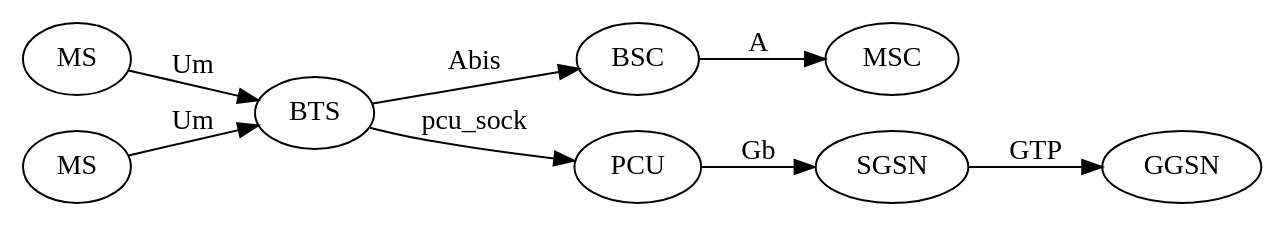
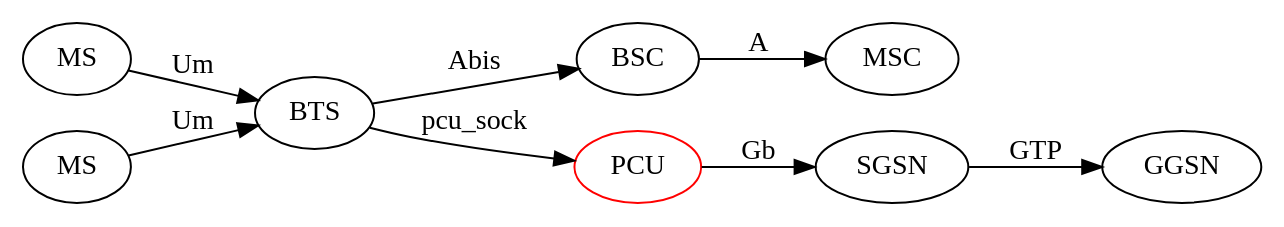
Before and after one commit to osmocom/osmo-pcu: the diagram in doc/manuals/chapters/overview.adoc, drawn with Graphviz.

Commit message:
doc: Mark PCU node red in network node diagram

```diff
--- a/doc/manuals/chapters/overview.adoc
+++ b/doc/manuals/chapters/overview.adoc
@@ -16,15 +16,16 @@
 [graphviz]
 ----
 digraph G {
 	rankdir=LR;
 	MS0 [label="MS"]
 	MS1 [label="MS"]
 	MS0->BTS [label="Um"]
 	MS1->BTS [label="Um"]
 	BTS->BSC [label="Abis"]
 	BSC->MSC [label="A"]
 	BTS->PCU [label="pcu_sock"]
 	PCU->SGSN [label="Gb"]
 	SGSN->GGSN [label="GTP"]
+	PCU [color=red]
 }
 ----
```
